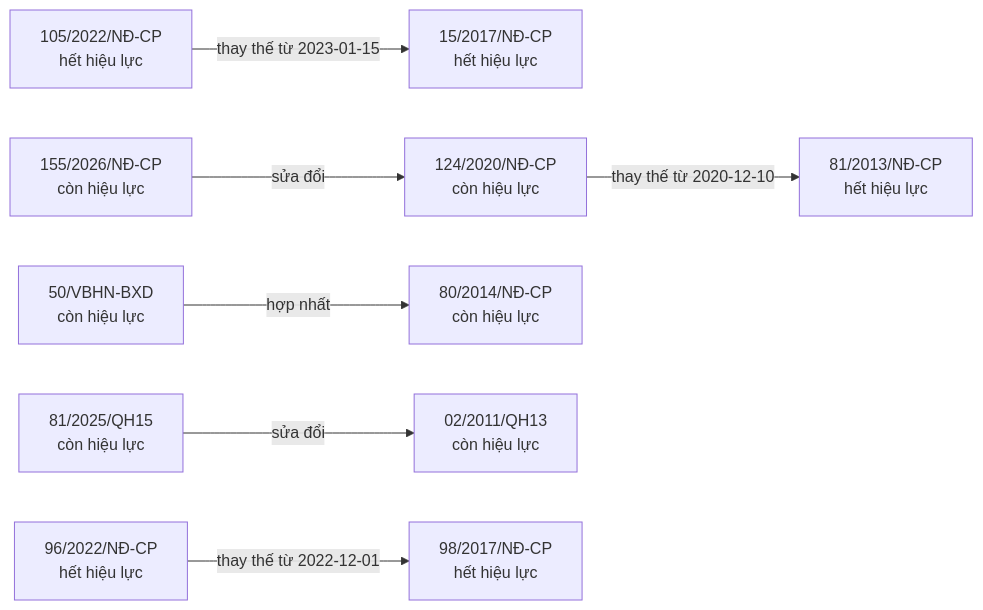
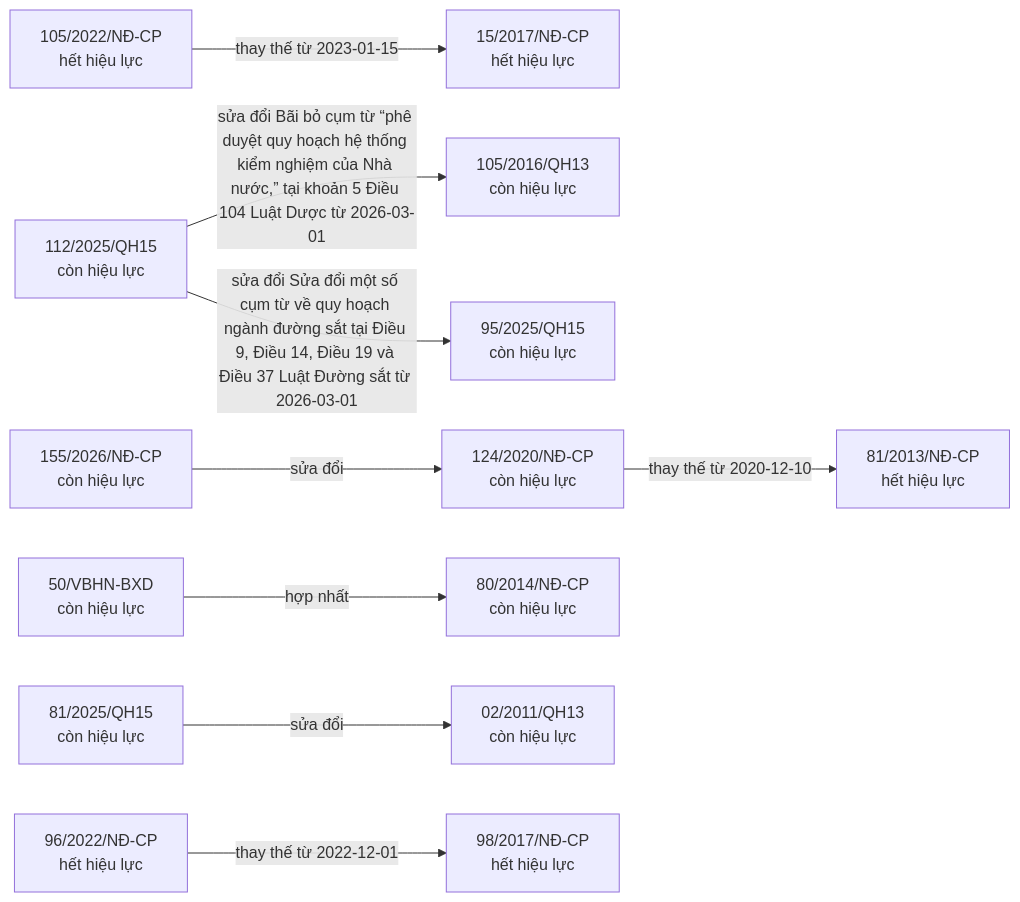
The first of 9 diagrams in bao-cao/quan-he.md (ozvietnam/oz-wiki-plhq), drawn with Mermaid before and after one commit. The commit also changed other lines of this file and 8 other files, not shown here.

````diff
--- a/bao-cao/quan-he.md
+++ b/bao-cao/quan-he.md
@@ -7,20 +7,25 @@
 ```mermaid
 flowchart LR
   n_105_2022_N__CP["105/2022/NĐ-CP<br/>hết hiệu lực"]
   n_15_2017_N__CP["15/2017/NĐ-CP<br/>hết hiệu lực"]
+  n_112_2025_QH15["112/2025/QH15<br/>còn hiệu lực"]
+  n_105_2016_QH13["105/2016/QH13<br/>còn hiệu lực"]
+  n_95_2025_QH15["95/2025/QH15<br/>còn hiệu lực"]
   n_124_2020_N__CP["124/2020/NĐ-CP<br/>còn hiệu lực"]
   n_81_2013_N__CP["81/2013/NĐ-CP<br/>hết hiệu lực"]
   n_155_2026_N__CP["155/2026/NĐ-CP<br/>còn hiệu lực"]
   n_50_VBHN_BXD["50/VBHN-BXD<br/>còn hiệu lực"]
   n_80_2014_N__CP["80/2014/NĐ-CP<br/>còn hiệu lực"]
   n_81_2025_QH15["81/2025/QH15<br/>còn hiệu lực"]
   n_02_2011_QH13["02/2011/QH13<br/>còn hiệu lực"]
   n_96_2022_N__CP["96/2022/NĐ-CP<br/>hết hiệu lực"]
   n_98_2017_N__CP["98/2017/NĐ-CP<br/>hết hiệu lực"]
   n_105_2022_N__CP -->|thay thế từ 2023-01-15| n_15_2017_N__CP
+  n_112_2025_QH15 -->|sửa đổi Bãi bỏ cụm từ “phê duyệt quy hoạch hệ thống kiểm nghiệm của Nhà nước,” tại khoản 5 Điều 104 Luật Dược từ 2026-03-01| n_105_2016_QH13
+  n_112_2025_QH15 -->|sửa đổi Sửa đổi một số cụm từ về quy hoạch ngành đường sắt tại Điều 9, Điều 14, Điều 19 và Điều 37 Luật Đường sắt từ 2026-03-01| n_95_2025_QH15
   n_124_2020_N__CP -->|thay thế từ 2020-12-10| n_81_2013_N__CP
   n_155_2026_N__CP -->|sửa đổi| n_124_2020_N__CP
   n_50_VBHN_BXD -->|hợp nhất| n_80_2014_N__CP
   n_81_2025_QH15 -->|sửa đổi| n_02_2011_QH13
   n_96_2022_N__CP -->|thay thế từ 2022-12-01| n_98_2017_N__CP
 ```
````
